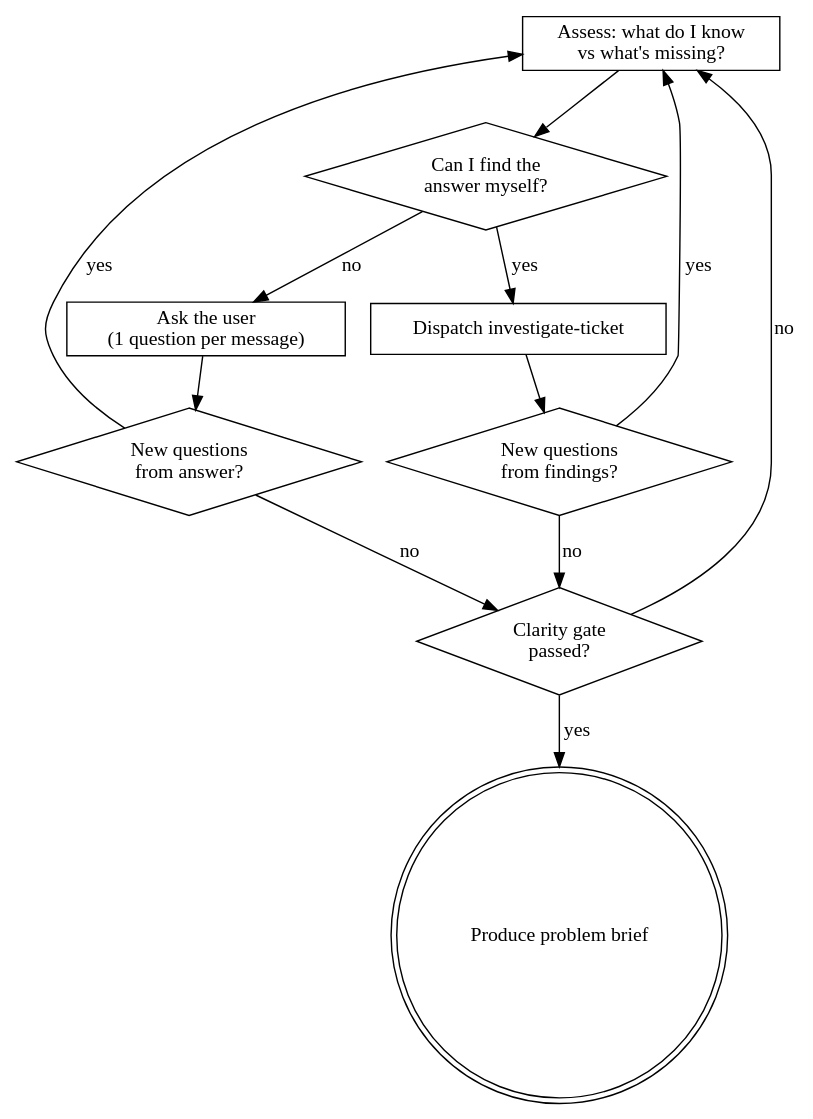
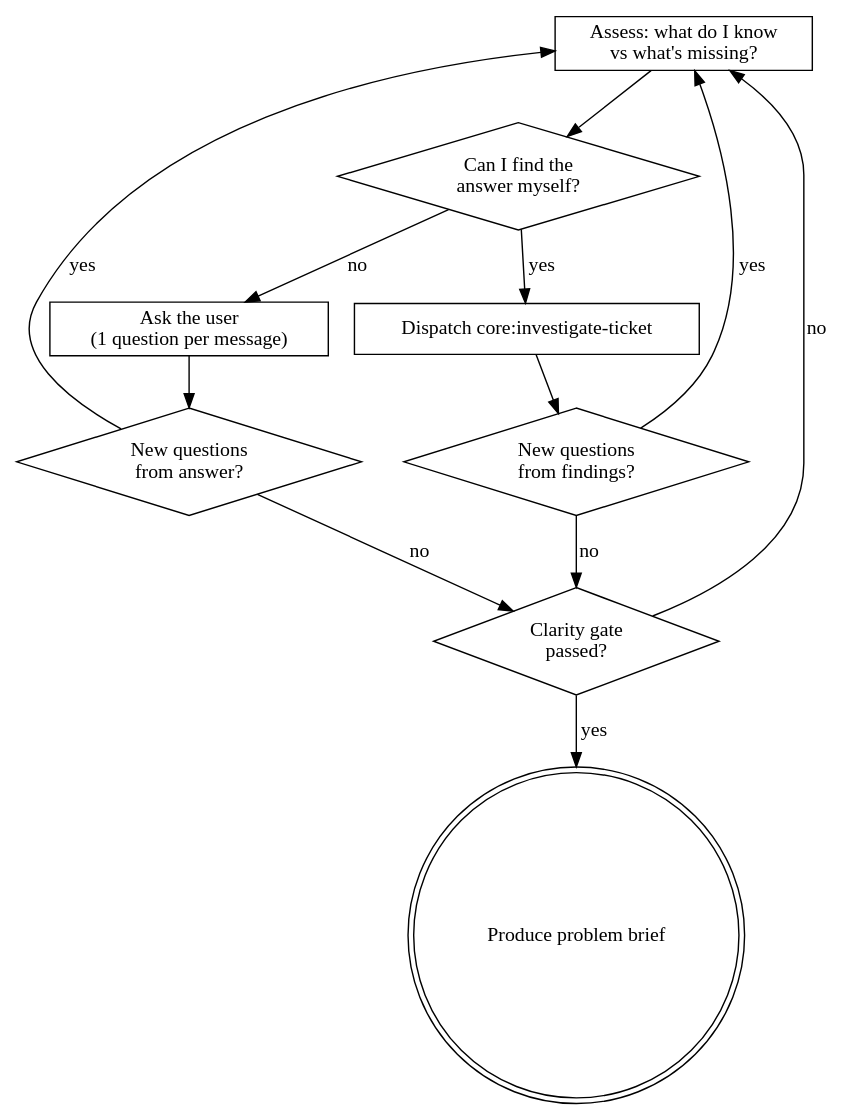
One commit to ClipboardHealth/core-utils changed the diagram in plugins/core/skills/interview-feature/SKILL.md. Above: the diagram before and after it, drawn with Graphviz. The commit also changed other lines of this file and 13 other files, not shown here.

````diff
--- a/plugins/core/skills/interview-feature/SKILL.md
+++ b/plugins/core/skills/interview-feature/SKILL.md
@@ -21,24 +21,24 @@
 ```dot
 digraph interview_loop {
     "Assess: what do I know\nvs what's missing?" [shape=box];
     "Can I find the\nanswer myself?" [shape=diamond];
-    "Dispatch investigate-ticket" [shape=box];
+    "Dispatch core:investigate-ticket" [shape=box];
     "New questions\nfrom findings?" [shape=diamond];
     "Ask the user\n(1 question per message)" [shape=box];
     "New questions\nfrom answer?" [shape=diamond];
     "Clarity gate\npassed?" [shape=diamond];
     "Produce problem brief" [shape=doublecircle];
 
     "Assess: what do I know\nvs what's missing?" -> "Can I find the\nanswer myself?";
-    "Can I find the\nanswer myself?" -> "Dispatch investigate-ticket" [label="yes"];
+    "Can I find the\nanswer myself?" -> "Dispatch core:investigate-ticket" [label="yes"];
     "Can I find the\nanswer myself?" -> "Ask the user\n(1 question per message)" [label="no"];
-    "Dispatch investigate-ticket" -> "New questions\nfrom findings?";
+    "Dispatch core:investigate-ticket" -> "New questions\nfrom findings?";
     "New questions\nfrom findings?" -> "Assess: what do I know\nvs what's missing?" [label="yes"];
     "New questions\nfrom findings?" -> "Clarity gate\npassed?" [label="no"];
     "Ask the user\n(1 question per message)" -> "New questions\nfrom answer?";
     "New questions\nfrom answer?" -> "Assess: what do I know\nvs what's missing?" [label="yes"];
     "New questions\nfrom answer?" -> "Clarity gate\npassed?" [label="no"];
     "Clarity gate\npassed?" -> "Assess: what do I know\nvs what's missing?" [label="no"];
     "Clarity gate\npassed?" -> "Produce problem brief" [label="yes"];
 }
 ```
````
